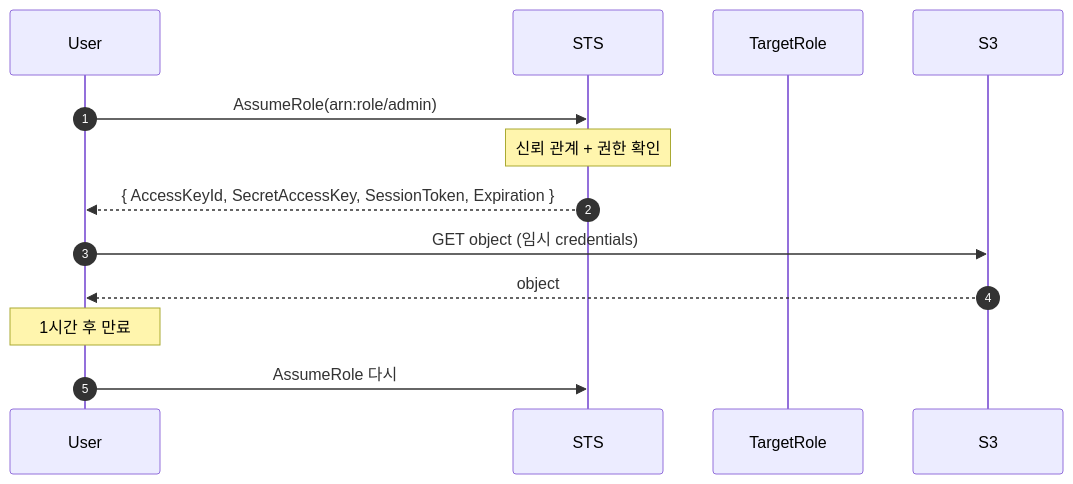
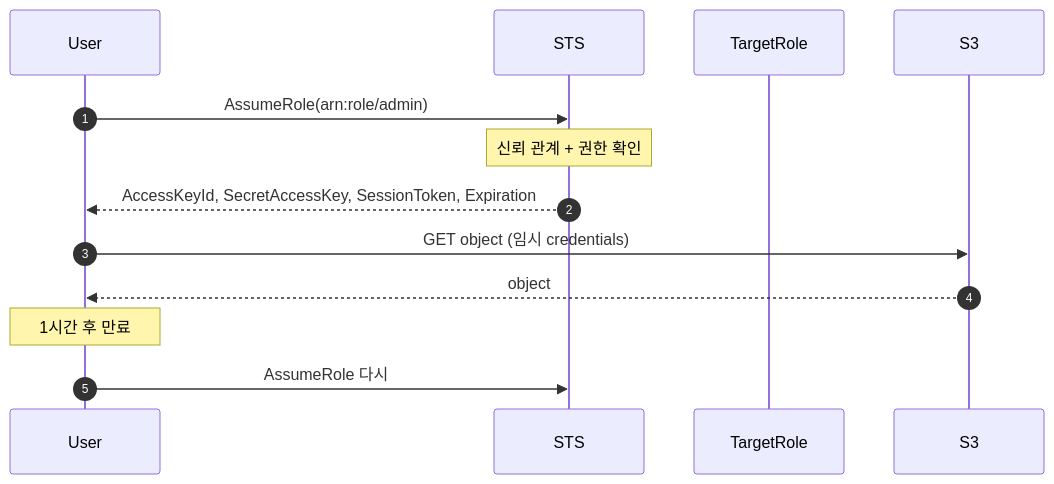
One commit to shinkeonkim/shinkeonkim.github.io changed the first of 5 diagrams in src/content/wiki/cloud/aws-sts-assume-role.mdx. Above: the diagram before and after it, drawn with Mermaid. The commit also changed other lines of this file and 526 other files, not shown here.

First line of the commit message:
content(wiki): 전수조사 및 대규모 보강 (짧은 파일 0, mermaid +645)

````diff
--- a/src/content/wiki/cloud/aws-sts-assume-role.mdx
+++ b/src/content/wiki/cloud/aws-sts-assume-role.mdx
@@ -28,16 +50,16 @@
 ```mermaid
 sequenceDiagram
     autonumber
     participant User
     participant STS
     participant TargetRole
     participant S3
 
     User->>STS: AssumeRole(arn:role/admin)
     Note over STS: 신뢰 관계 + 권한 확인
-    STS-->>User: { AccessKeyId, SecretAccessKey, SessionToken, Expiration }
+    STS-->>User: AccessKeyId, SecretAccessKey, SessionToken, Expiration
     User->>S3: GET object (임시 credentials)
     S3-->>User: object
     Note over User: 1시간 후 만료
     User->>STS: AssumeRole 다시
 ```
````
